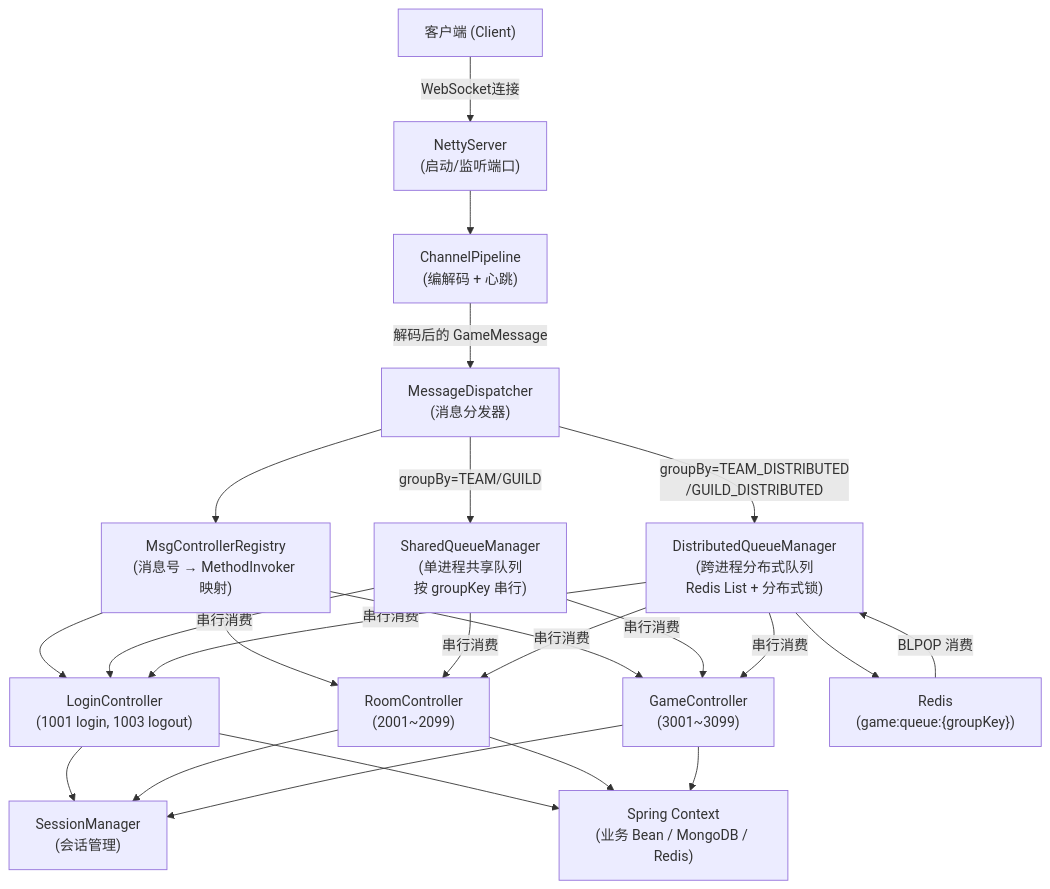
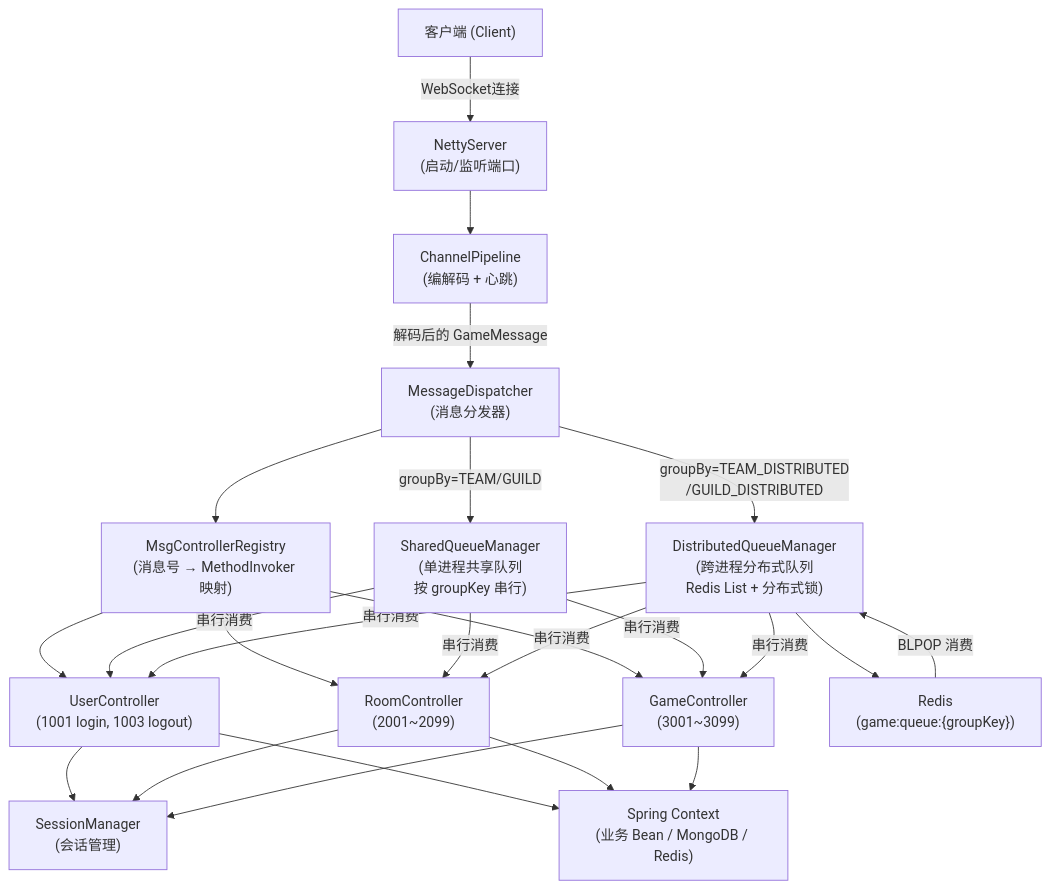
The first of 2 diagrams in .kiro/specs/game-server-framework/design.md (ri3ck8/rainnov-framework-server), drawn with Mermaid before and after one commit. The commit also changed other lines of this file and 35 other files, not shown here.

````diff
--- a/.kiro/specs/game-server-framework/design.md
+++ b/.kiro/specs/game-server-framework/design.md
@@ -17,32 +17,32 @@
 ```mermaid
 graph TD
     Client["客户端 (Client)"]
     NettyServer["NettyServer\n(启动/监听端口)"]
     Pipeline["ChannelPipeline\n(编解码 + 心跳)"]
     Dispatcher["MessageDispatcher\n(消息分发器)"]
     MsgControllerRegistry["MsgControllerRegistry\n(消息号 → MethodInvoker 映射)"]
-    Controller1["LoginController\n(1001 login, 1003 logout)"]
+    Controller1["UserController\n(1001 login, 1003 logout)"]
     Controller2["RoomController\n(2001~2099)"]
     ControllerN["GameController\n(3001~3099)"]
     SessionMgr["SessionManager\n(会话管理)"]
     SpringCtx["Spring Context\n(业务 Bean / MongoDB / Redis)"]
     SharedQueueMgr["SharedQueueManager\n(单进程共享队列\n按 groupKey 串行)"]
     DistributedQueueMgr["DistributedQueueManager\n(跨进程分布式队列\nRedis List + 分布式锁)"]
     Redis["Redis\n(game:queue:{groupKey})"]
 
     Client -->|WebSocket连接| NettyServer
     NettyServer --> Pipeline
     Pipeline -->|解码后的 GameMessage| Dispatcher
     Dispatcher --> MsgControllerRegistry
     Dispatcher -->|groupBy=TEAM/GUILD| SharedQueueMgr
     Dispatcher -->|groupBy=TEAM_DISTRIBUTED\n/GUILD_DISTRIBUTED| DistributedQueueMgr
     MsgControllerRegistry --> Controller1
     MsgControllerRegistry --> Controller2
     MsgControllerRegistry --> ControllerN
     SharedQueueMgr -->|串行消费| Controller1 & Controller2 & ControllerN
     DistributedQueueMgr --> Redis
     Redis -->|BLPOP 消费| DistributedQueueMgr
     DistributedQueueMgr -->|串行消费| Controller1 & Controller2 & ControllerN
     Controller1 & Controller2 & ControllerN --> SessionMgr
     Controller1 & Controller2 & ControllerN --> SpringCtx
 ```
````
